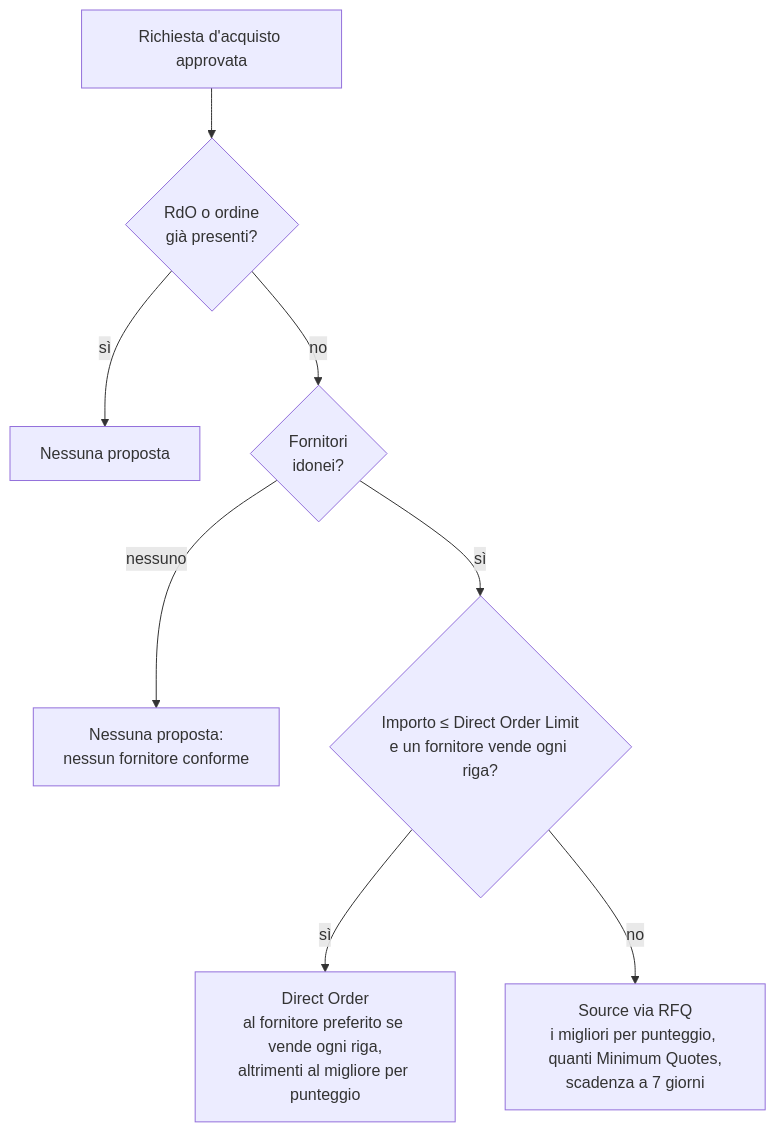
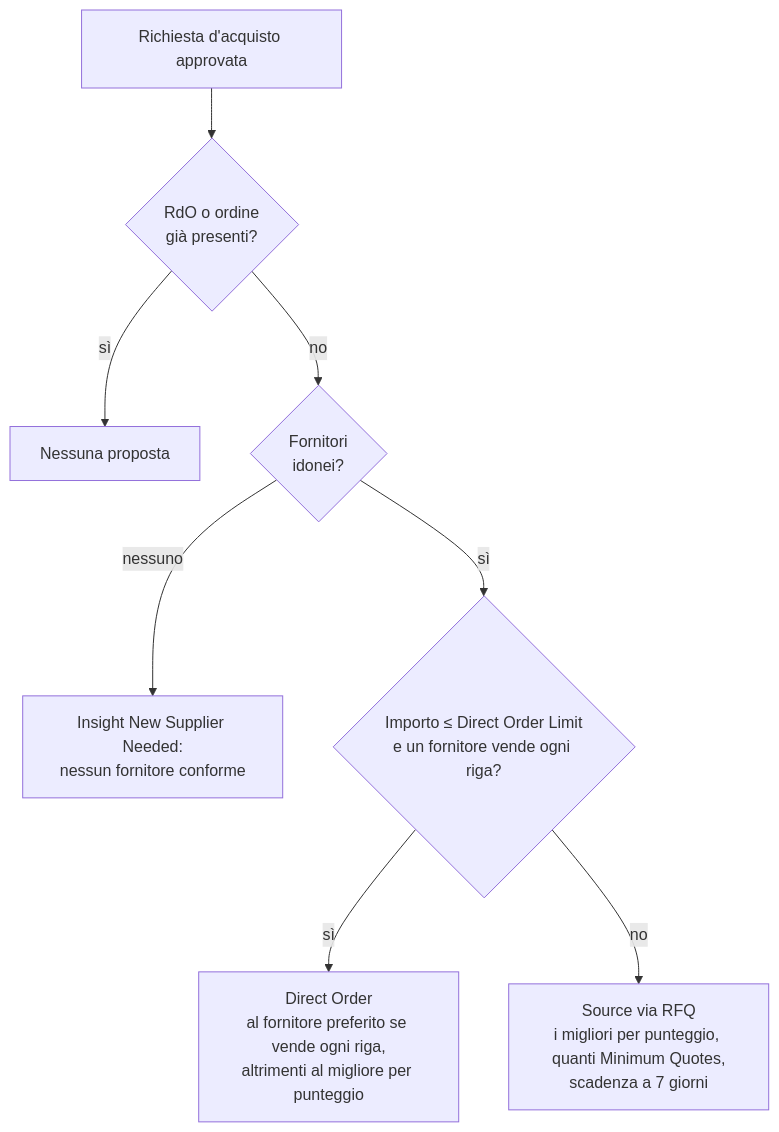
The fourth of 4 diagrams in docs/it/sourcing-agent.md (Power-Builders-Italia/ProjectIQ), drawn with Mermaid before and after one commit. The commit also changed other lines of this file and 25 other files, not shown here.

````diff
--- a/docs/it/sourcing-agent.md
+++ b/docs/it/sourcing-agent.md
@@ -221,10 +223,10 @@
 ```mermaid
 flowchart TD
     A[Richiesta d'acquisto approvata] --> B{RdO o ordine<br/>già presenti?}
     B -->|sì| NA[Nessuna proposta]
     B -->|no| C{Fornitori<br/>idonei?}
-    C -->|nessuno| NS[Nessuna proposta:<br/>nessun fornitore conforme]
+    C -->|nessuno| NS[Insight New Supplier Needed:<br/>nessun fornitore conforme]
     C -->|sì| D{Importo ≤ Direct Order Limit<br/>e un fornitore vende ogni riga?}
     D -->|sì| DO[Direct Order<br/>al fornitore preferito se vende ogni riga,<br/>altrimenti al migliore per punteggio]
     D -->|no| RFQ[Source via RFQ<br/>i migliori per punteggio, quanti Minimum Quotes,<br/>scadenza a 7 giorni]
 ```
````
